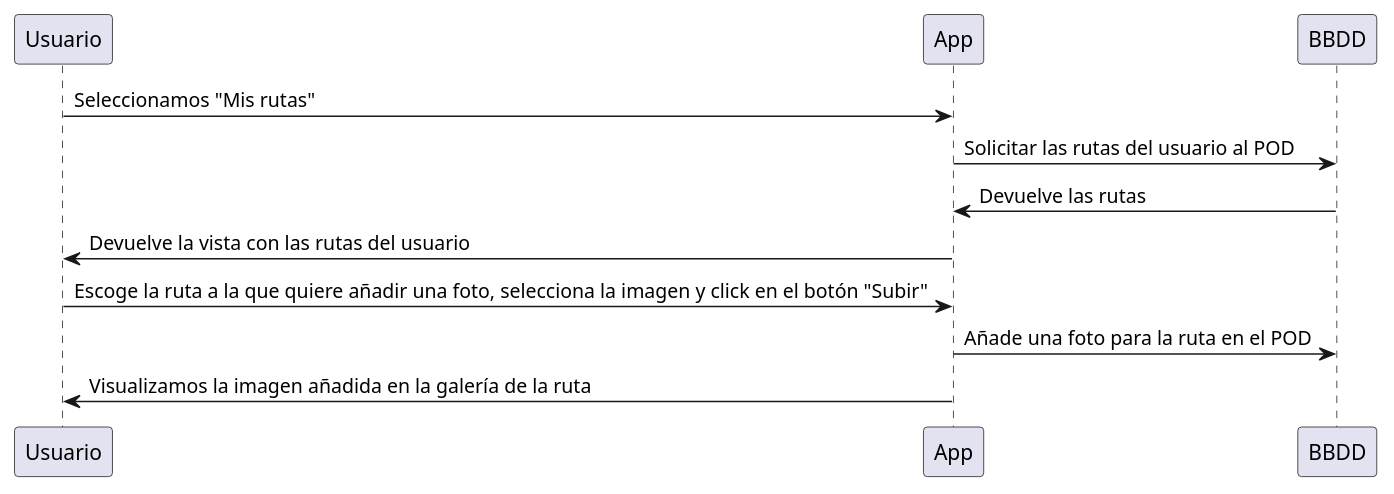
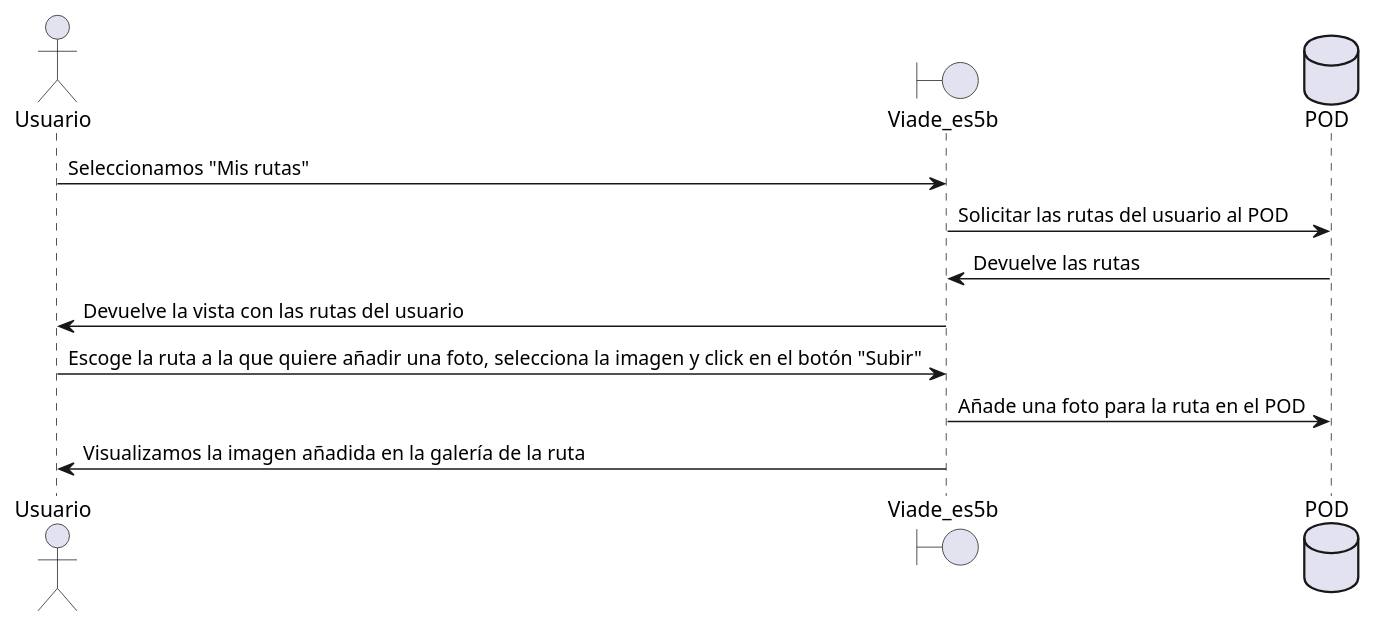
Before and after one commit to Arquisoft/viade_es5b: the tenth of 16 diagrams in src/docs/06_runtime_view.adoc, drawn with PlantUML. The commit also changed other lines of this file, not shown here.

Commit message:
Cambios a partir del escenario 1

```diff
--- a/src/docs/06_runtime_view.adoc
+++ b/src/docs/06_runtime_view.adoc
@@ -234,10 +262,13 @@
 [plantuml,"DiagramaSubirImagenRuta",png]
 ----
-Usuario -> App: Seleccionamos "Mis rutas"
-App -> BBDD : Solicitar las rutas del usuario al POD
-BBDD -> App: Devuelve las rutas
-App -> Usuario: Devuelve la vista con las rutas del usuario
-Usuario -> App: Escoge la ruta a la que quiere añadir una foto, selecciona la imagen y click en el botón "Subir"
-App -> BBDD: Añade una foto para la ruta en el POD
-App -> Usuario: Visualizamos la imagen añadida en la galería de la ruta
+actor Usuario
+boundary Viade_es5b
+database POD
+Usuario -> Viade_es5b: Seleccionamos "Mis rutas"
+Viade_es5b -> POD : Solicitar las rutas del usuario al POD
+POD -> Viade_es5b: Devuelve las rutas
+Viade_es5b -> Usuario: Devuelve la vista con las rutas del usuario
+Usuario -> Viade_es5b: Escoge la ruta a la que quiere añadir una foto, selecciona la imagen y click en el botón "Subir"
+Viade_es5b -> POD: Añade una foto para la ruta en el POD
+Viade_es5b -> Usuario: Visualizamos la imagen añadida en la galería de la ruta
 ----
```
